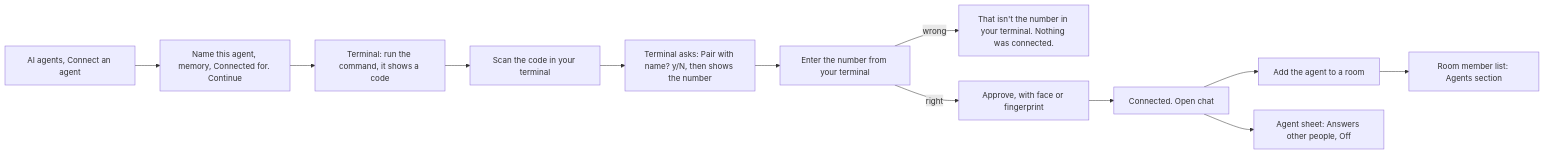
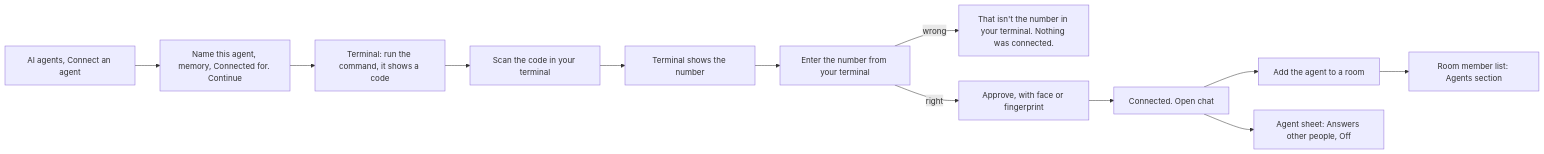
One commit to berkmancenter/keyring-wallet changed the first of 4 diagrams in docs/plans/agent-connect-plan.md. Above: the diagram before and after it, drawn with Mermaid. The commit also changed other lines of this file and 7 other files, not shown here.

````diff
--- a/docs/plans/agent-connect-plan.md
+++ b/docs/plans/agent-connect-plan.md
@@ -21,14 +21,14 @@
 ```mermaid
 flowchart LR
     start["AI agents, Connect an agent"] --> name["Name this agent, memory, Connected for. Continue"]
     name --> cmd["Terminal: run the command, it shows a code"]
     cmd --> scan["Scan the code in your terminal"]
-    scan --> yn["Terminal asks: Pair with name? y/N, then shows the number"]
+    scan --> yn["Terminal shows the number"]
     yn --> num["Enter the number from your terminal"]
     num -->|wrong| fail["That isn't the number in your terminal. Nothing was connected."]
     num -->|right| approve["Approve, with face or fingerprint"]
     approve --> done["Connected. Open chat"]
     done --> add["Add the agent to a room"]
     add --> members["Room member list: Agents section"]
     done --> sheet["Agent sheet: Answers other people, Off"]
 ```
````
